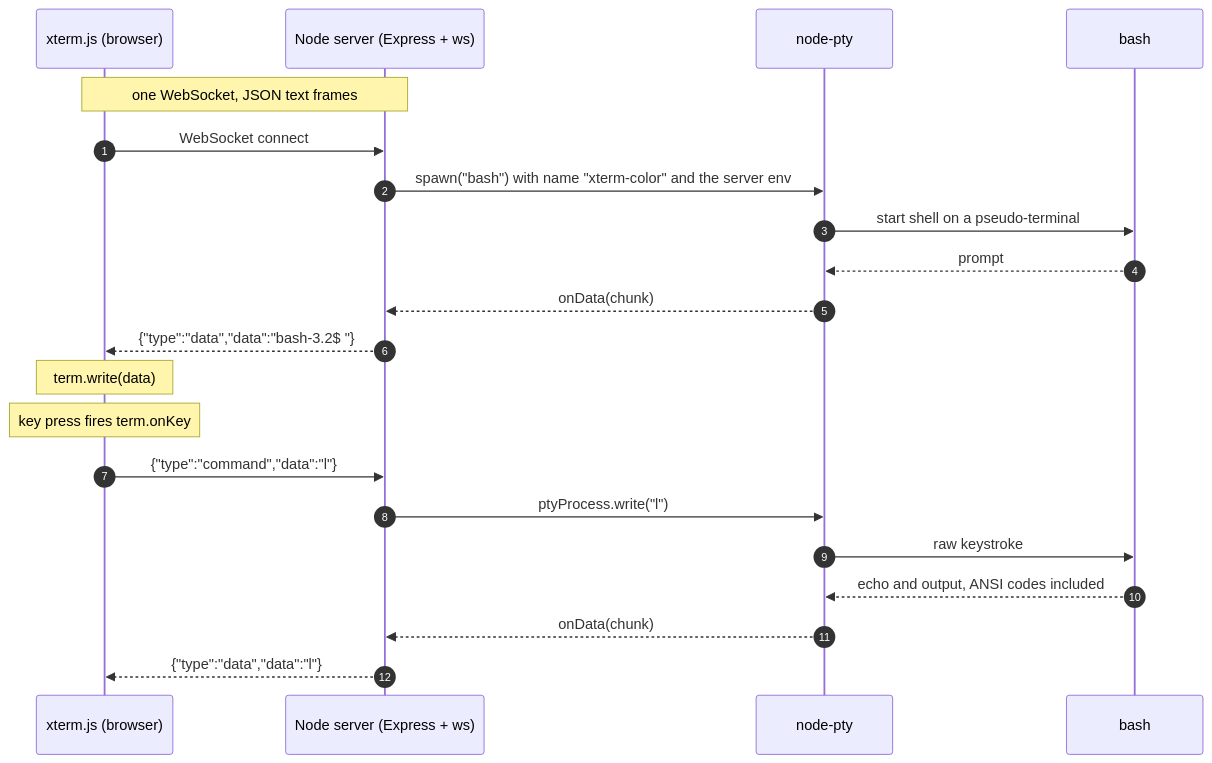
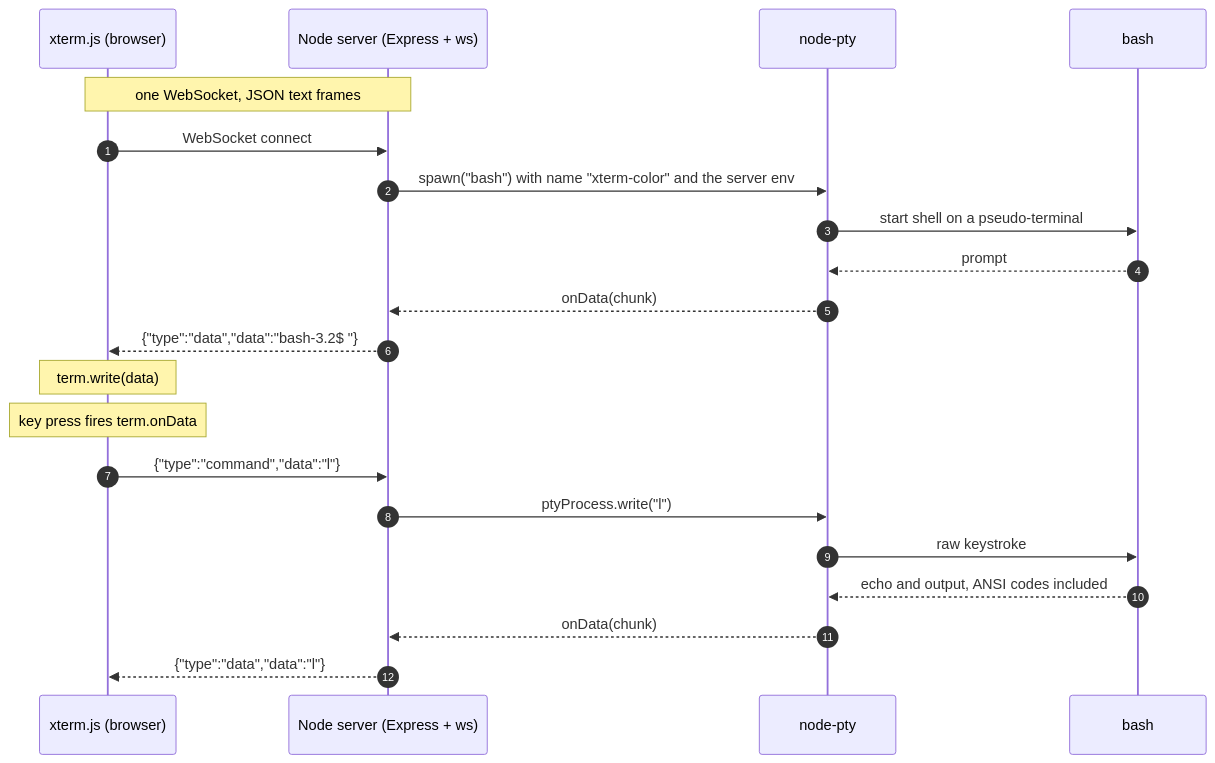
The diagram in README.md (spiritanand/browser-terminal), drawn with Mermaid before and after one commit. The commit also changed other lines of this file, not shown here.

````diff
--- a/README.md
+++ b/README.md
@@ -21,23 +21,23 @@
 ```mermaid
 sequenceDiagram
     autonumber
     participant T as xterm.js (browser)
     participant S as Node server (Express + ws)
     participant P as node-pty
     participant B as bash
     Note over T,S: one WebSocket, JSON text frames
     T->>S: WebSocket connect
     S->>P: spawn("bash") with name "xterm-color" and the server env
     P->>B: start shell on a pseudo-terminal
     B-->>P: prompt
     P-->>S: onData(chunk)
     S-->>T: {"type":"data","data":"bash-3.2$ "}
     Note over T: term.write(data)
-    Note over T: key press fires term.onKey
+    Note over T: key press fires term.onData
     T->>S: {"type":"command","data":"l"}
     S->>P: ptyProcess.write("l")
     P->>B: raw keystroke
     B-->>P: echo and output, ANSI codes included
     P-->>S: onData(chunk)
     S-->>T: {"type":"data","data":"l"}
 ```
````
